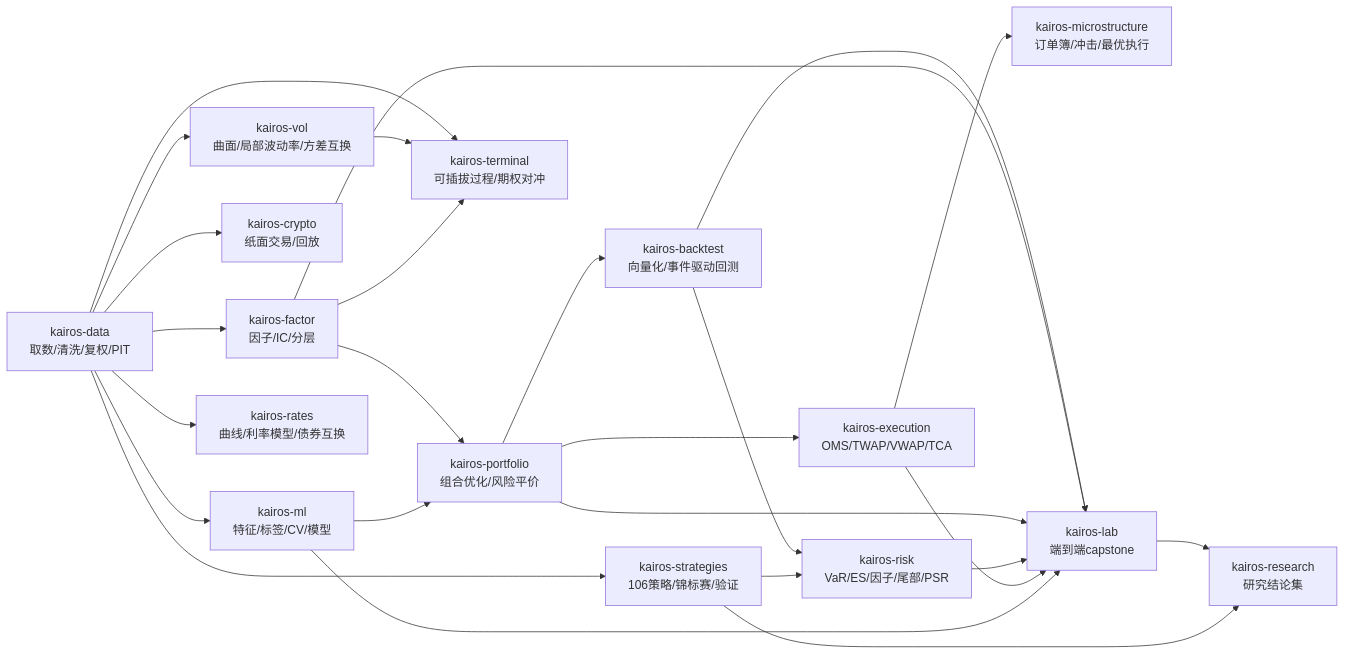
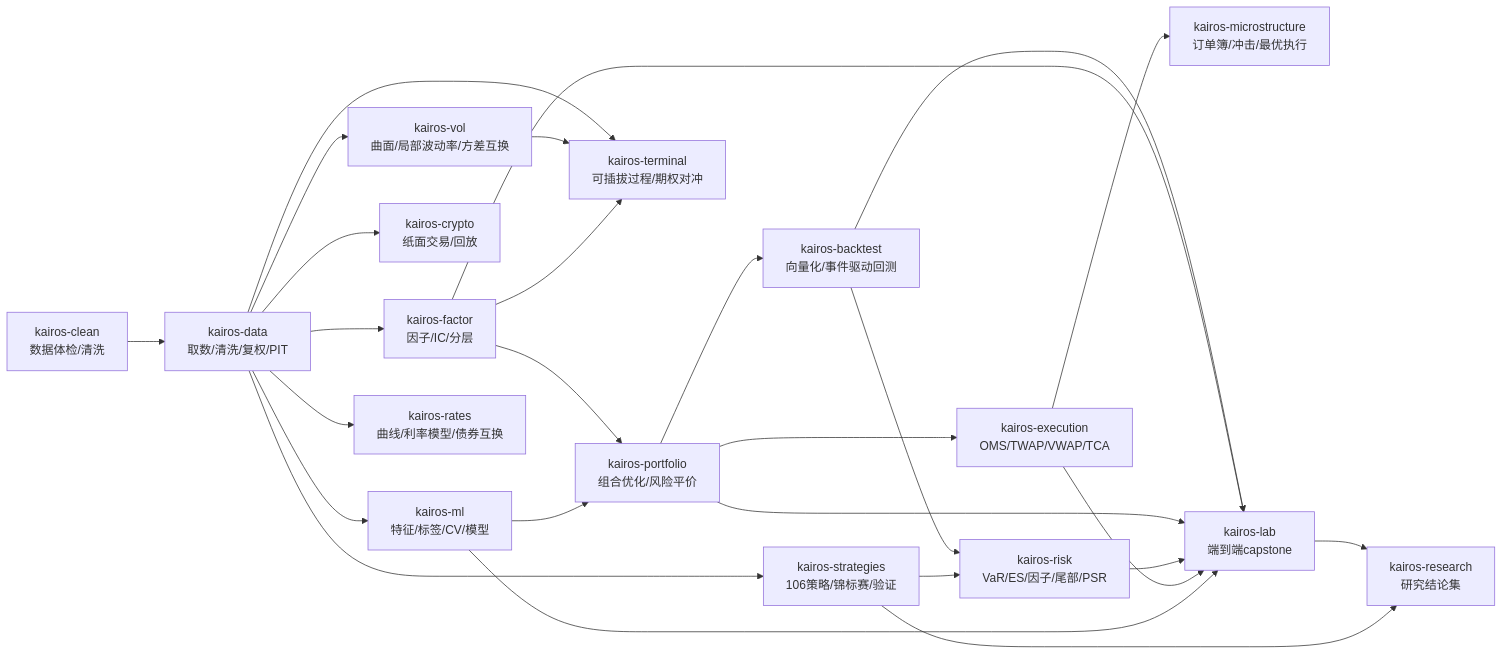
Before and after one commit to Bruce848647703/kairos: the diagram in README.md, drawn with Mermaid. The commit also changed other lines of this file, not shown here.

Commit message:
docs: 收录 kairos-clean（16 个项目 / 1972 测试）

````diff
--- a/README.md
+++ b/README.md
@@ -88,27 +89,28 @@
 ```mermaid
 flowchart LR
-  D[kairos-data<br/>取数/清洗/复权/PIT] --> F[kairos-factor<br/>因子/IC/分层]
+  Q[kairos-clean<br/>数据体检/清洗] --> D[kairos-data<br/>取数/清洗/复权/PIT]
+  D --> F[kairos-factor<br/>因子/IC/分层]
   D --> M[kairos-ml<br/>特征/标签/CV/模型]
   F --> P[kairos-portfolio<br/>组合优化/风险平价]
   M --> P
   P --> B[kairos-backtest<br/>向量化/事件驱动回测]
   D --> S[kairos-strategies<br/>106策略/锦标赛/验证]
   B --> R[kairos-risk<br/>VaR/ES/因子/尾部/PSR]
   S --> R
   P --> E[kairos-execution<br/>OMS/TWAP/VWAP/TCA]
   E --> MS[kairos-microstructure<br/>订单簿/冲击/最优执行]
   D --> C[kairos-crypto<br/>纸面交易/回放]
   D --> V[kairos-vol<br/>曲面/局部波动率/方差互换]
   D --> Y[kairos-rates<br/>曲线/利率模型/债券互换]
   D --> T[kairos-terminal<br/>可插拔过程/期权对冲]
   V --> T
   F --> T
   B --> L[kairos-lab<br/>端到端capstone]
   F --> L
   P --> L
   R --> L
   E --> L
   M --> L
   L --> RS[kairos-research<br/>研究结论集]
   S --> RS
 ```
````
